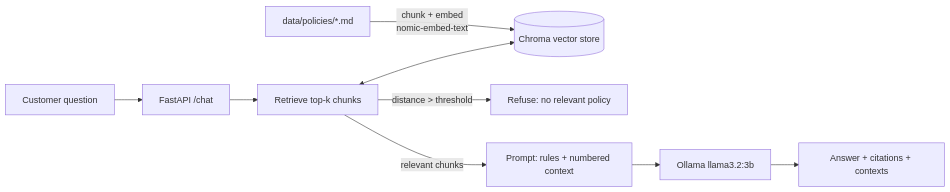
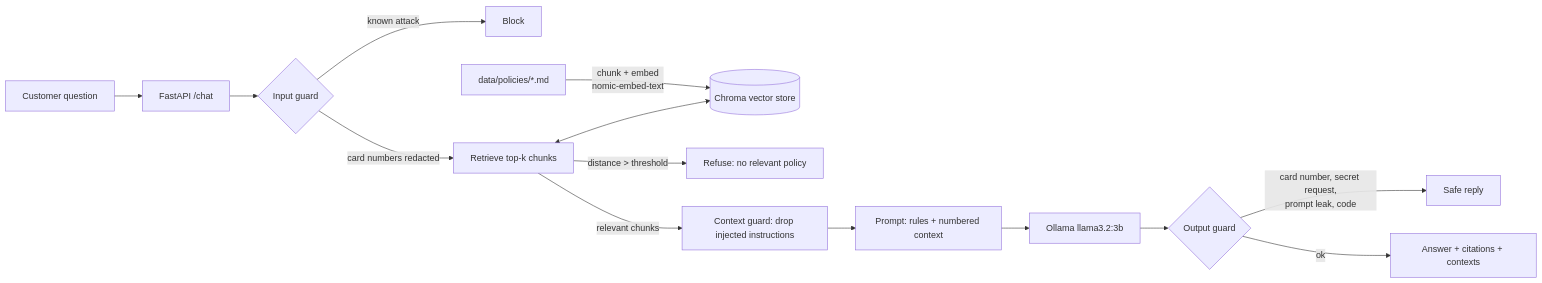
One commit to HrishiPurandare/ai-quality-engineering-lab changed the diagram in README.md. Above: the diagram before and after it, drawn with Mermaid. The commit also changed other lines of this file and 1 other file, not shown here.

````diff
--- a/README.md
+++ b/README.md
@@ -13,11 +13,16 @@
 ```mermaid
 flowchart LR
     Q[Customer question] --> API[FastAPI /chat]
-    API --> R[Retrieve top-k chunks]
+    API --> GI{Input guard}
+    GI -->|known attack| B[Block]
+    GI -->|card numbers redacted| R[Retrieve top-k chunks]
     R <--> V[(Chroma vector store)]
     R -->|distance > threshold| X[Refuse: no relevant policy]
-    R -->|relevant chunks| P[Prompt: rules + numbered context]
+    R -->|relevant chunks| GC[Context guard: drop injected instructions]
+    GC --> P[Prompt: rules + numbered context]
     P --> L[Ollama llama3.2:3b]
-    L --> C[Answer + citations + contexts]
+    L --> GO{Output guard}
+    GO -->|card number, secret request,<br/>prompt leak, code| S[Safe reply]
+    GO -->|ok| C[Answer + citations + contexts]
     D[data/policies/*.md] -->|chunk + embed<br/>nomic-embed-text| V
 ```
````
